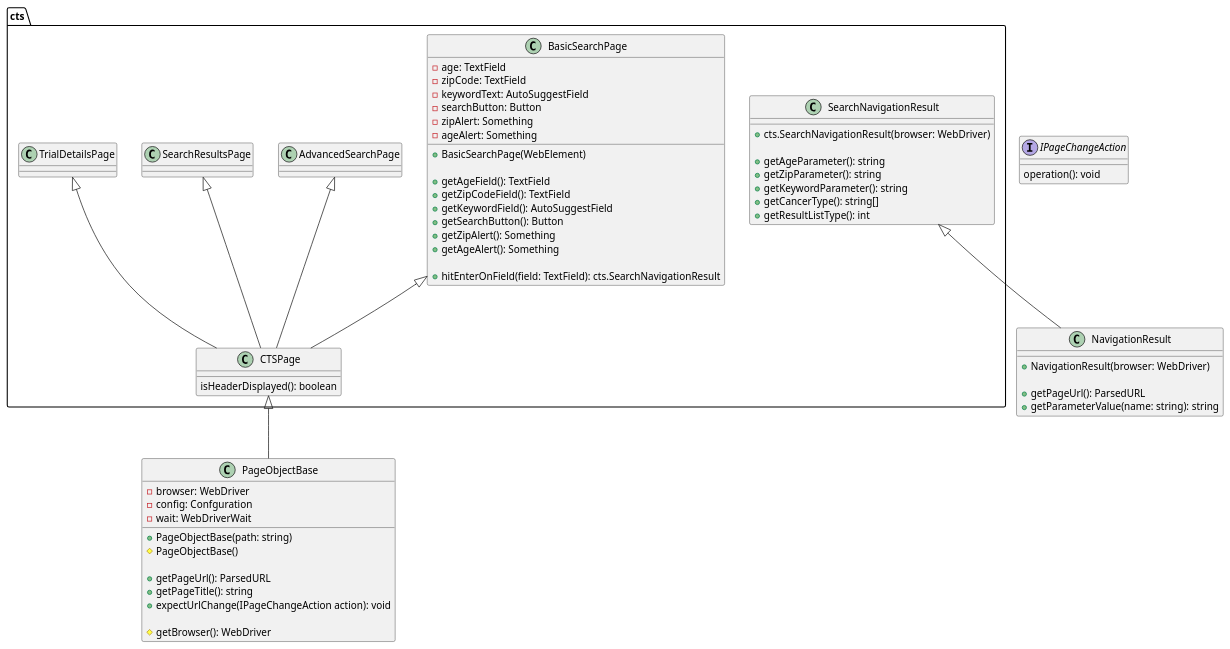
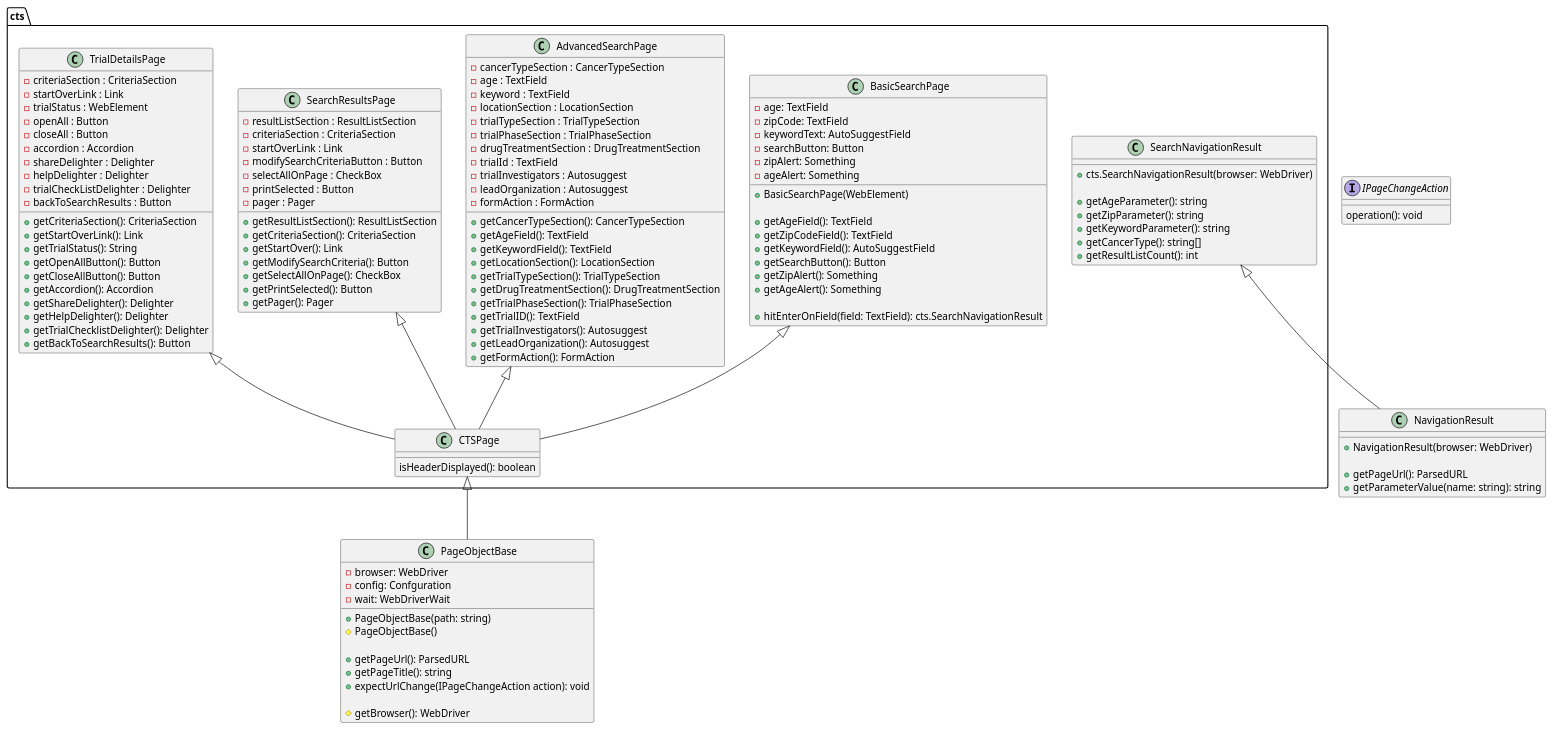
The diagram in diagrams/src/class/cts/pages.wsd (kate-mashkina/automation-design-diagrams), drawn with PlantUML before and after one commit. The commit also changed 3 other files, not shown here.

```diff
--- a/diagrams/src/class/cts/pages.wsd
+++ b/diagrams/src/class/cts/pages.wsd
@@ -1,92 +1,149 @@
 @startuml
 
 class PageObjectBase {
 
     -browser: WebDriver
     -config: Confguration
     -wait: WebDriverWait
 
     +PageObjectBase(path: string)
     #PageObjectBase()
 
     +getPageUrl(): ParsedURL
     +getPageTitle(): string
     +expectUrlChange(IPageChangeAction action): void
 
     #getBrowser(): WebDriver
 }
 
 '' This is actually a public, nested class inside PageObjectBase
 interface IPageChangeAction {
     operation(): void
 }
 
 package cts {
-
 
     '' General cts page functionality (Mainly "is the react app running?")
     class CTSPage {
         isHeaderDisplayed(): boolean
     }
     CTSPage <|-- PageObjectBase
 
     class cts.BasicSearchPage {
         -age: TextField
         -zipCode: TextField
         -keywordText: AutoSuggestField
         -searchButton: Button
         -zipAlert: Something
         -ageAlert: Something
 
         +BasicSearchPage(WebElement)
 
         +getAgeField(): TextField
         +getZipCodeField(): TextField
         +getKeywordField(): AutoSuggestField
         +getSearchButton(): Button
         +getZipAlert(): Something
         +getAgeAlert(): Something
 
         +hitEnterOnField(field: TextField): cts.SearchNavigationResult
     }
     cts.BasicSearchPage <|-- CTSPage
 
     class cts.AdvancedSearchPage {
+        - cancerTypeSection : CancerTypeSection
+        - age : TextField
+        - keyword : TextField
+        - locationSection : LocationSection
+        - trialTypeSection : TrialTypeSection
+        - trialPhaseSection : TrialPhaseSection
+        - drugTreatmentSection : DrugTreatmentSection
+        - trialId : TextField
+        - trialInvestigators : Autosuggest
+        - leadOrganization : Autosuggest
+        - formAction : FormAction
+
+        +getCancerTypeSection(): CancerTypeSection
+        +getAgeField(): TextField
+        +getKeywordField(): TextField
+        +getLocationSection(): LocationSection
+        +getTrialTypeSection(): TrialTypeSection
+        +getDrugTreatmentSection(): DrugTreatmentSection
+        +getTrialPhaseSection(): TrialPhaseSection
+        +getTrialID(): TextField
+        +getTrialInvestigators(): Autosuggest
+        +getLeadOrganization(): Autosuggest
+        +getFormAction(): FormAction
 
     }
     cts.AdvancedSearchPage <|-- CTSPage
 
     class cts.SearchResultsPage {
+        -resultListSection : ResultListSection
+        -criteriaSection : CriteriaSection
+        -startOverLink : Link
+        -modifySearchCriteriaButton : Button
+        -selectAllOnPage : CheckBox
+        -printSelected : Button
+        -pager : Pager
+
+        +getResultListSection(): ResultListSection
+        +getCriteriaSection(): CriteriaSection
+        +getStartOver(): Link
+        +getModifySearchCriteria(): Button
+        +getSelectAllOnPage(): CheckBox
+        +getPrintSelected(): Button
+        +getPager(): Pager
+
 
     }
     cts.SearchResultsPage <|-- CTSPage
 
     class cts.TrialDetailsPage {
+        -criteriaSection : CriteriaSection
+        -startOverLink : Link
+        -trialStatus : WebElement
+        -openAll : Button
+        -closeAll : Button
+        -accordion : Accordion
+        -shareDelighter : Delighter
+        -helpDelighter : Delighter
+        -trialCheckListDelighter : Delighter
+        -backToSearchResults : Button
+
+       +getCriteriaSection(): CriteriaSection
+       +getStartOverLink(): Link
+       +getTrialStatus(): String
+       +getOpenAllButton(): Button
+       +getCloseAllButton(): Button
+       +getAccordion(): Accordion
+       +getShareDelighter(): Delighter
+       +getHelpDelighter(): Delighter
+       +getTrialChecklistDelighter(): Delighter
+       +getBackToSearchResults(): Button
 
     }
     cts.TrialDetailsPage <|-- CTSPage
-
 
     class cts.SearchNavigationResult {
         +cts.SearchNavigationResult(browser: WebDriver)
 
         +getAgeParameter(): string
         +getZipParameter(): string
         +getKeywordParameter(): string
         +getCancerType(): string[]
-        +getResultListType(): int
+        +getResultListCount(): int
     }
 
 }
 
 cts.SearchNavigationResult <|-- NavigationResult
 
-
 class NavigationResult {
     +NavigationResult(browser: WebDriver)
- 
+
     +getPageUrl(): ParsedURL
     +getParameterValue(name: string): string
 }
 
 @enduml
```
